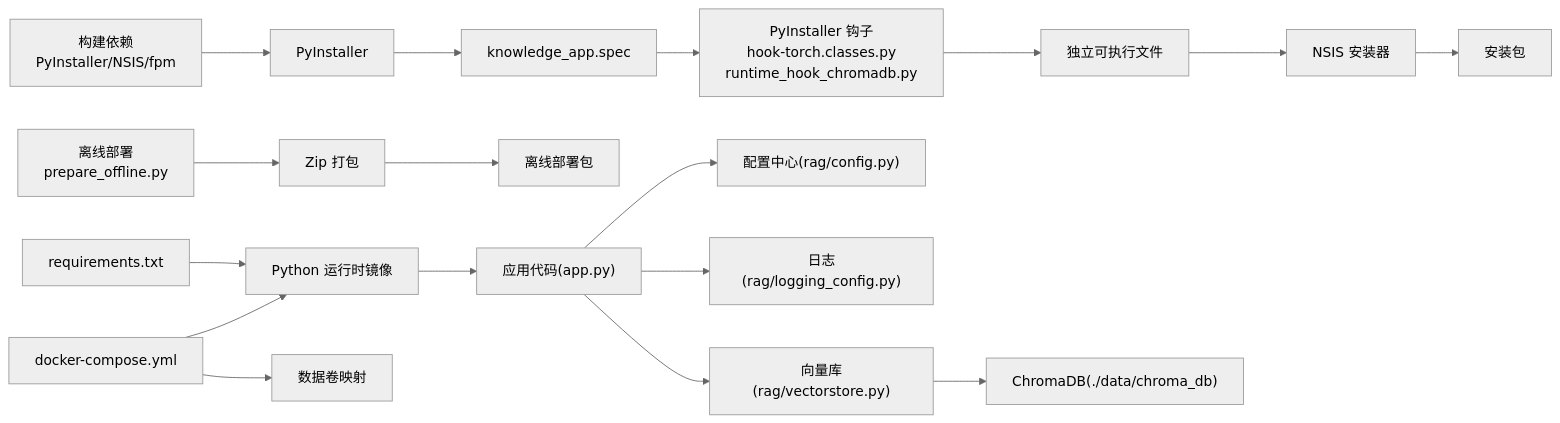
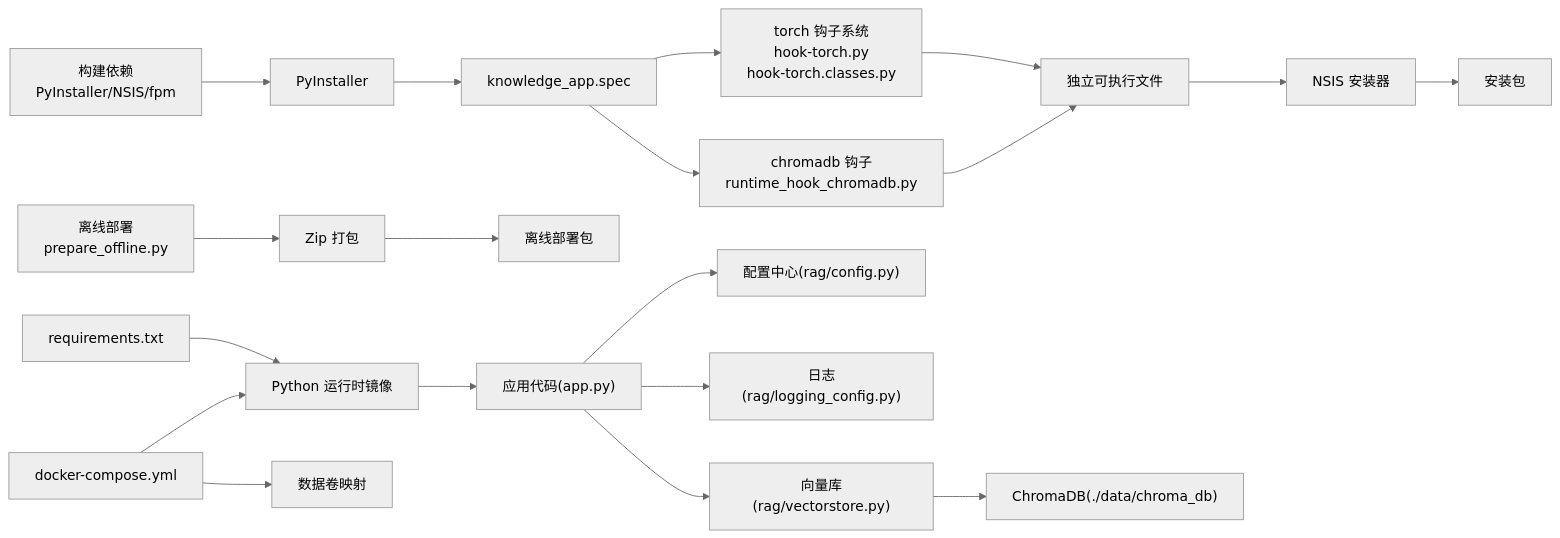
Before and after one commit to joyafa/knowledge: the sixth of 6 diagrams in .qoder/repowiki/zh/content/部署与运维/部署与运维.md, drawn with Mermaid (neutral theme). The commit also changed other lines of this file and 14 other files, not shown here.

````diff
--- a/.qoder/repowiki/zh/content/部署与运维/部署与运维.md
+++ b/.qoder/repowiki/zh/content/部署与运维/部署与运维.md
@@ -446,19 +459,21 @@
 ```mermaid
 graph LR
 Req["requirements.txt"] --> Img["Python 运行时镜像"]
 Build["构建依赖<br/>PyInstaller/NSIS/fpm"] --> PyI["PyInstaller"]
 PyI --> Spec["knowledge_app.spec"]
-Spec --> Hooks["PyInstaller 钩子<br/>hook-torch.classes.py<br/>runtime_hook_chromadb.py"]
-Hooks --> Exe["独立可执行文件"]
+Spec --> TorchHooks["torch 钩子系统<br/>hook-torch.py<br/>hook-torch.classes.py"]
+Spec --> ChromaHook["chromadb 钩子<br/>runtime_hook_chromadb.py"]
+TorchHooks --> Exe["独立可执行文件"]
+ChromaHook --> Exe
 Exe --> NSIS["NSIS 安装器"]
 NSIS --> Installer["安装包"]
 Offline["离线部署<br/>prepare_offline.py"] --> Zip["Zip 打包"]
 Zip --> OfflinePkg["离线部署包"]
 Img --> App["应用代码(app.py)"]
 App --> Cfg["配置中心(rag/config.py)"]
 App --> Log["日志(rag/logging_config.py)"]
 App --> VS["向量库(rag/vectorstore.py)"]
 VS --> VDB["ChromaDB(./data/chroma_db)"]
 Compose["docker-compose.yml"] --> Img
 Compose --> Vols["数据卷映射"]
 ```
````
